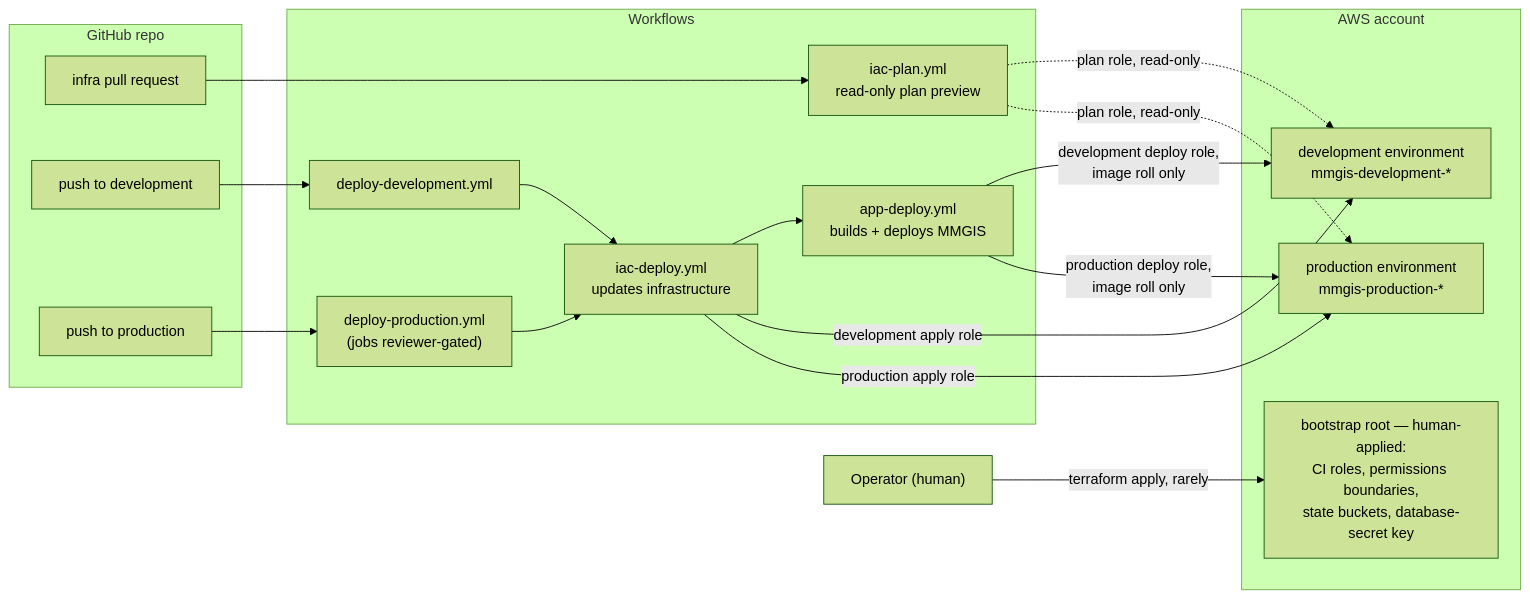
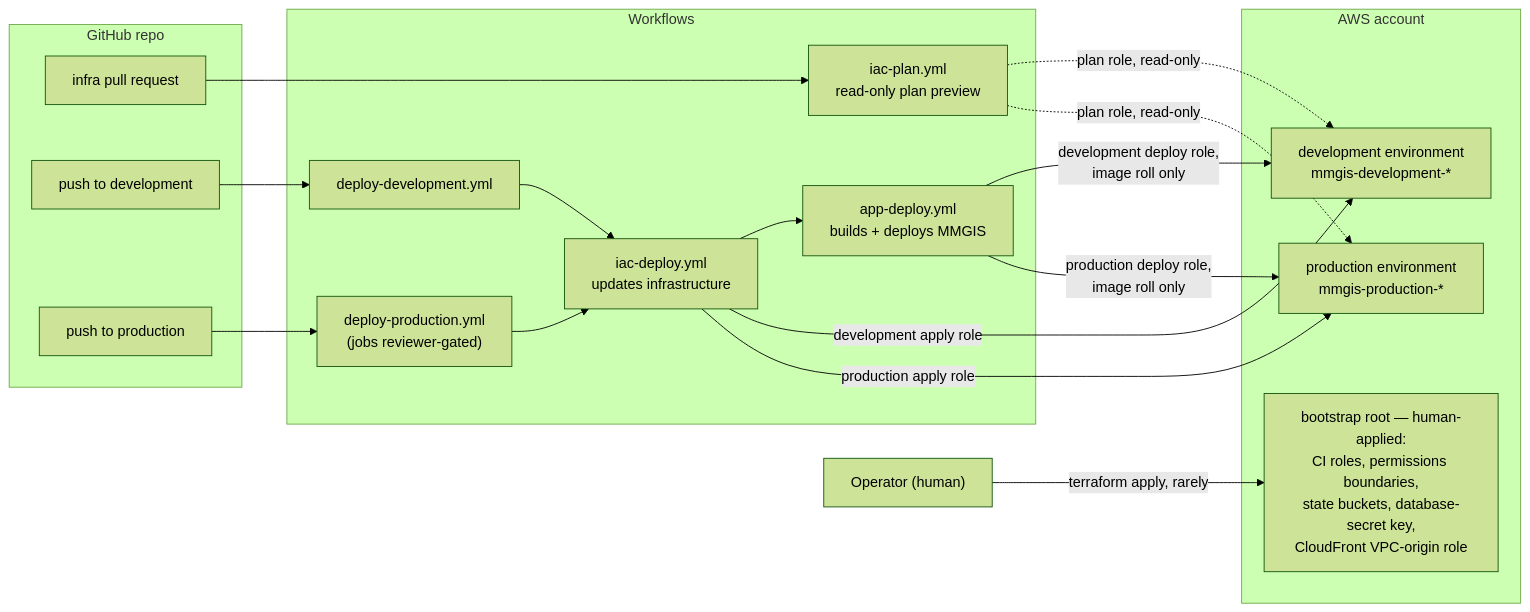
The diagram in docs/infrastructure/README.md (NASA-IMPACT/MMGIS), drawn with Mermaid (forest theme) before and after one commit. The commit also changed other lines of this file and 4 other files, not shown here.

First line of the commit message:
[254] Own CloudFront's VPC-origin service-linked role in the bootstrap root

````diff
--- a/docs/infrastructure/README.md
+++ b/docs/infrastructure/README.md
@@ -14,33 +14,33 @@
 ```mermaid
 flowchart LR
     subgraph repo["GitHub repo"]
         PRQ["infra pull request"]
         DEV["push to development"]
         PROD["push to production"]
     end
     subgraph wf["Workflows"]
         PLAN["iac-plan.yml<br/>read-only plan preview"]
         TDEV["deploy-development.yml"]
         TPROD["deploy-production.yml<br/>(jobs reviewer-gated)"]
         IAC["iac-deploy.yml<br/>updates infrastructure"]
         APP["app-deploy.yml<br/>builds + deploys MMGIS"]
     end
     subgraph aws["AWS account"]
-        BOOT["bootstrap root — human-applied:<br/>CI roles, permissions boundaries,<br/>state buckets, database-secret key"]
+        BOOT["bootstrap root — human-applied:<br/>CI roles, permissions boundaries,<br/>state buckets, database-secret key,<br/>CloudFront VPC-origin role"]
         ENVD["development environment<br/>mmgis-development-*"]
         ENVP["production environment<br/>mmgis-production-*"]
     end
     PRQ --> PLAN
     DEV --> TDEV
     PROD --> TPROD
     TDEV --> IAC
     TPROD --> IAC
     IAC --> APP
     PLAN -.->|"plan role, read-only"| ENVD
     PLAN -.->|"plan role, read-only"| ENVP
     IAC -->|"development apply role"| ENVD
     IAC -->|"production apply role"| ENVP
     APP -->|"development deploy role,<br/>image roll only"| ENVD
     APP -->|"production deploy role,<br/>image roll only"| ENVP
     OP["Operator (human)"] -->|"terraform apply, rarely"| BOOT
 ```
````
